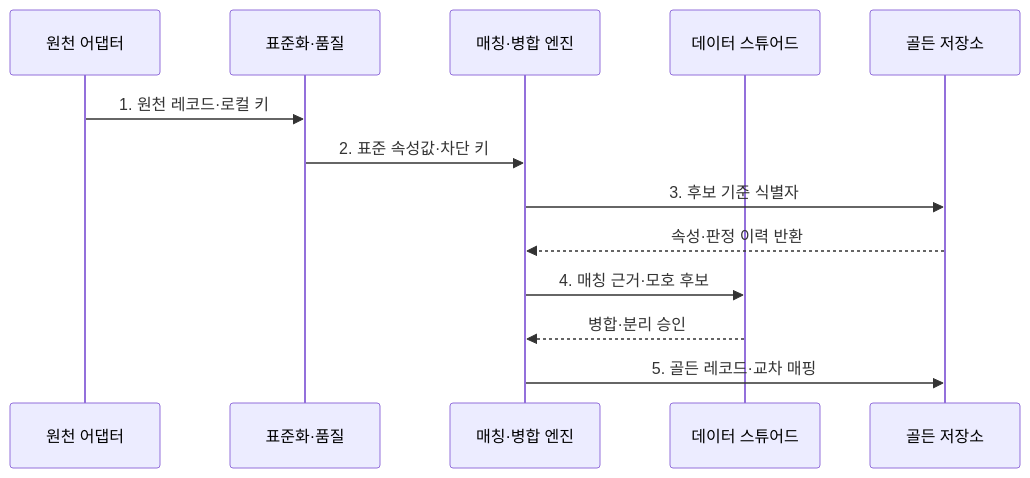
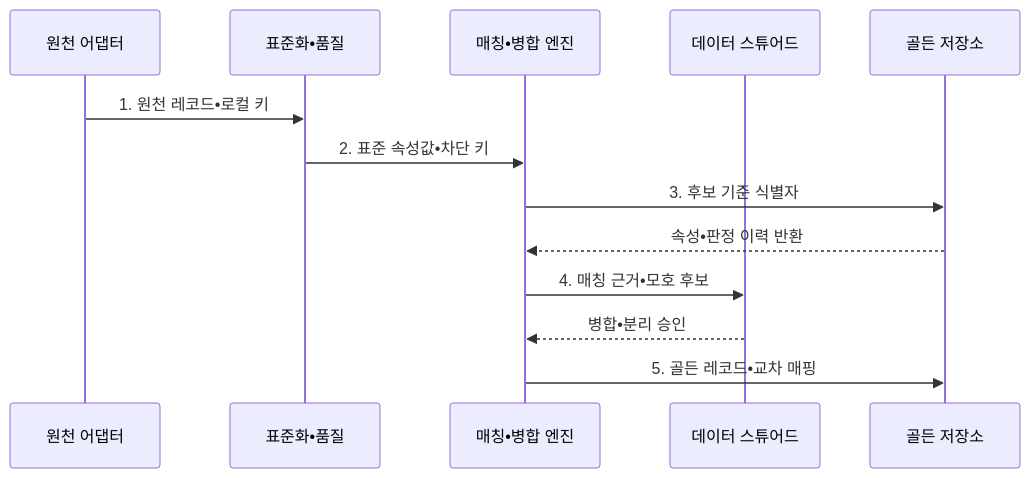
The second of 2 diagrams in src/content/docs/notes/03-software/136_master_data_management.md (agnusdei1207/knowledge-base), drawn with Mermaid before and after one commit. The commit also changed other lines of this file and 953 other files, not shown here.

````diff
--- a/src/content/docs/notes/03-software/136_master_data_management.md
+++ b/src/content/docs/notes/03-software/136_master_data_management.md
@@ -113,15 +113,15 @@
 ```mermaid
 sequenceDiagram
     participant S as 원천 어댑터
-    participant N as 표준화·품질
-    participant M as 매칭·병합 엔진
+    participant N as 표준화•품질
+    participant M as 매칭•병합 엔진
     participant A as 데이터 스튜어드
     participant G as 골든 저장소
-    S->>N: 1. 원천 레코드·로컬 키
-    N->>M: 2. 표준 속성값·차단 키
+    S->>N: 1. 원천 레코드•로컬 키
+    N->>M: 2. 표준 속성값•차단 키
     M->>G: 3. 후보 기준 식별자
-    G-->>M: 속성·판정 이력 반환
-    M->>A: 4. 매칭 근거·모호 후보
-    A-->>M: 병합·분리 승인
-    M->>G: 5. 골든 레코드·교차 매핑
+    G-->>M: 속성•판정 이력 반환
+    M->>A: 4. 매칭 근거•모호 후보
+    A-->>M: 병합•분리 승인
+    M->>G: 5. 골든 레코드•교차 매핑
 ```
````
